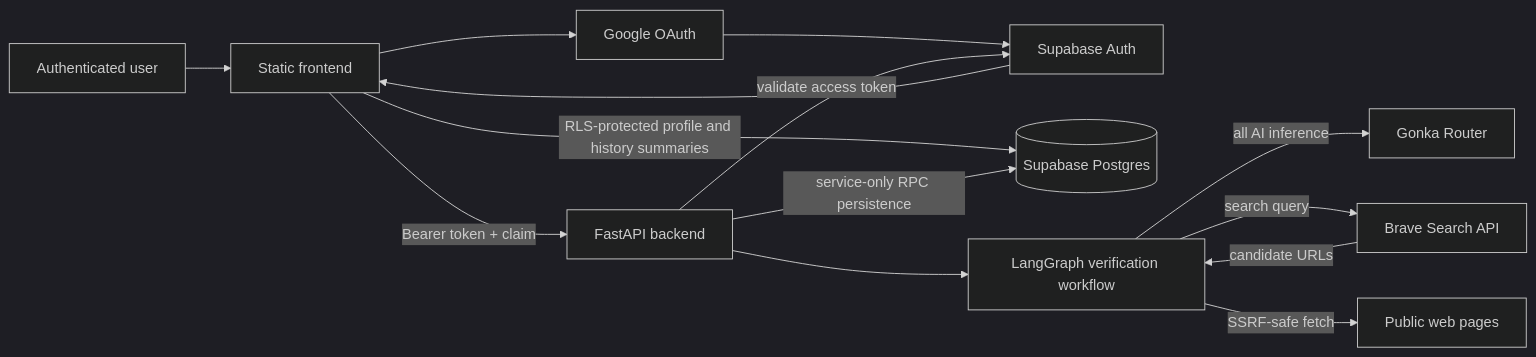
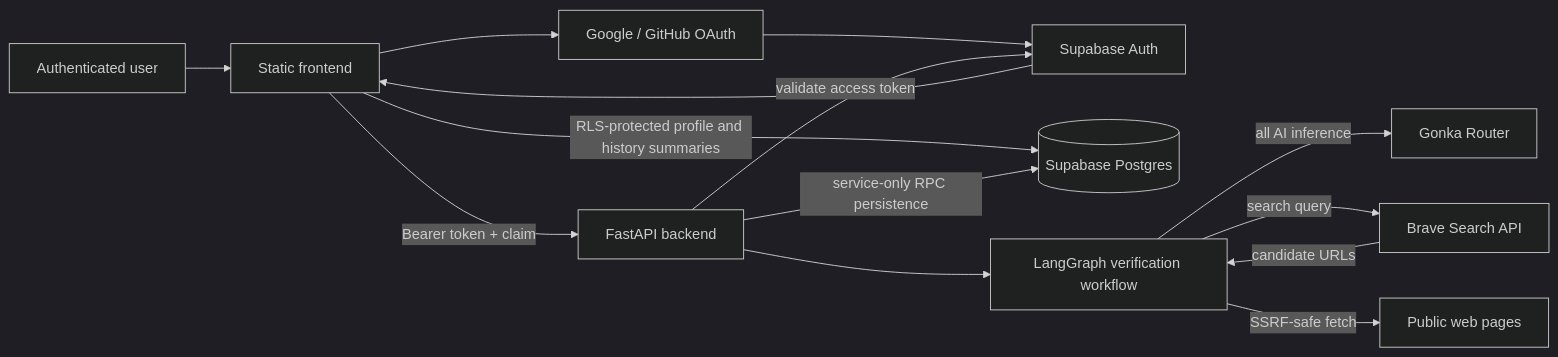
One commit to ChaoChuan05/TruthScope changed the first of 3 diagrams in docs/architecture.md. Above: the diagram before and after it, drawn with Mermaid (dark theme). The commit also changed other lines of this file and 21 other files, not shown here.

```diff
--- a/docs/architecture.md
+++ b/docs/architecture.md
@@ -24,27 +24,27 @@
 ~~~mermaid
 flowchart LR
     User[Authenticated user]
     Browser[Static frontend]
-    Google[Google OAuth]
+    Providers[Google / GitHub OAuth]
     Auth[Supabase Auth]
     Database[(Supabase Postgres)]
     API[FastAPI backend]
     Graph[LangGraph verification workflow]
     Gonka[Gonka Router]
     Brave[Brave Search API]
     Web[Public web pages]
 
     User --> Browser
-    Browser --> Google
-    Google --> Auth
+    Browser --> Providers
+    Providers --> Auth
     Auth --> Browser
     Browser -->|Bearer token + claim| API
     Browser -->|RLS-protected profile and history summaries| Database
     API -->|validate access token| Auth
     API --> Graph
     Graph -->|all AI inference| Gonka
     Graph -->|search query| Brave
     Brave -->|candidate URLs| Graph
     Graph -->|SSRF-safe fetch| Web
     API -->|service-only RPC persistence| Database
 ~~~
```
